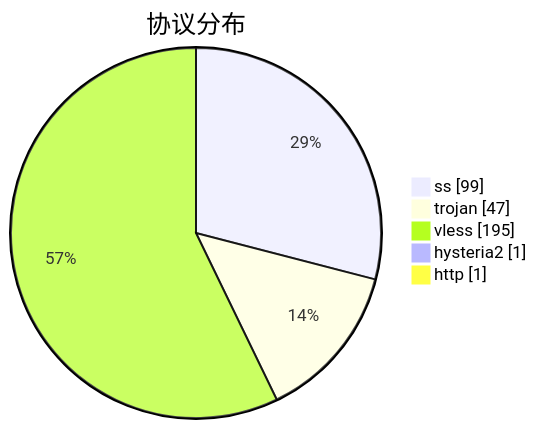
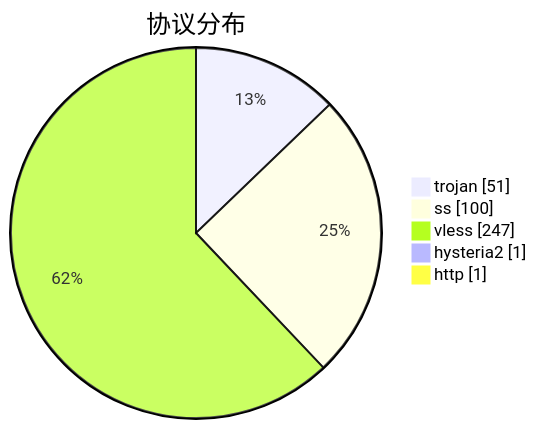
Before and after one commit to qjlxg/airport: the third of 3 diagrams in subs/statistics/tested_within.md, drawn with Mermaid. The commit also changed other lines of this file and 2 other files, not shown here.

````diff
--- a/subs/statistics/tested_within.md
+++ b/subs/statistics/tested_within.md
@@ -19,9 +19,9 @@
 ```mermaid
 pie showData
 title 协议分布
-"ss" : 99
-"trojan" : 47
-"vless" : 195
+"trojan" : 51
+"ss" : 100
+"vless" : 247
 "hysteria2" : 1
 "http" : 1
 ```
````
